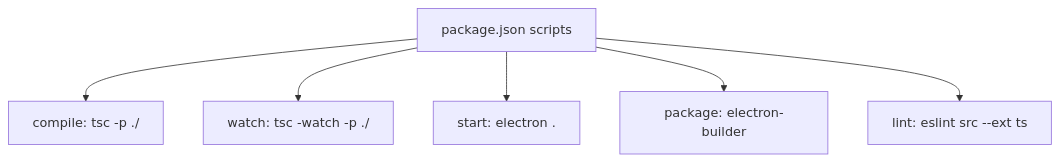
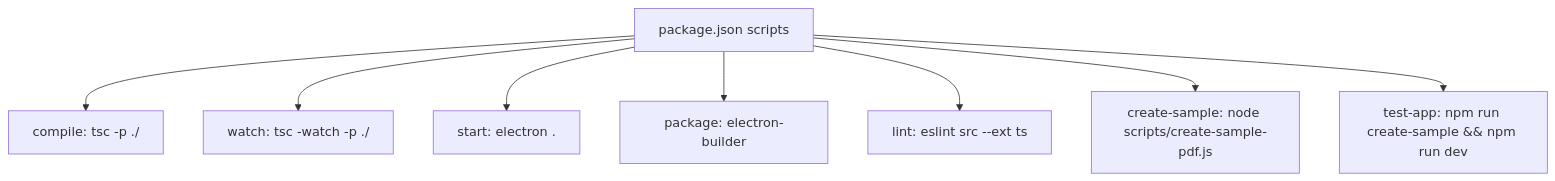
The ninth of 10 diagrams in .qoder/repowiki/en/content/Development Guide.md (Chunde/SciPDFReader), drawn with Mermaid before and after one commit. The commit also changed other lines of this file and 25 other files, not shown here.

````diff
--- a/.qoder/repowiki/en/content/Development Guide.md
+++ b/.qoder/repowiki/en/content/Development Guide.md
@@ -275,8 +289,10 @@
 ```mermaid
 flowchart TD
 Scripts["package.json scripts"] --> Compile["compile: tsc -p ./"]
 Scripts --> Watch["watch: tsc -watch -p ./"]
 Scripts --> Start["start: electron ."]
 Scripts --> Package["package: electron-builder"]
 Scripts --> Lint["lint: eslint src --ext ts"]
+Scripts --> CreateSample["create-sample: node scripts/create-sample-pdf.js"]
+Scripts --> TestApp["test-app: npm run create-sample && npm run dev"]
 ```
````
